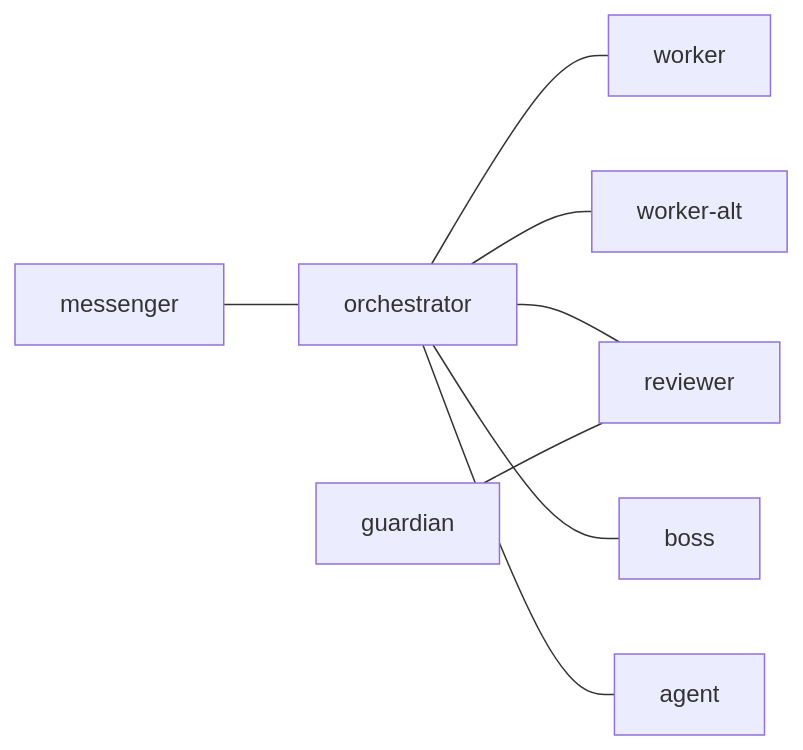
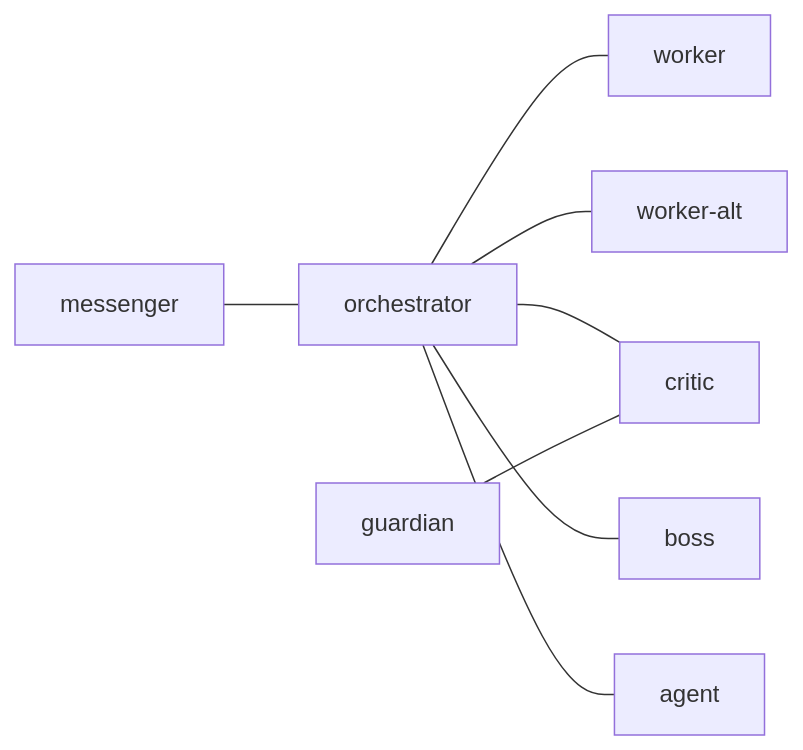
Before and after one commit to i9wa4/dotfiles: the diagram in config/tmux-a2a-postman/postman.md, drawn with Mermaid. The commit also changed other lines of this file and 5 other files, not shown here.

````diff
--- a/config/tmux-a2a-postman/postman.md
+++ b/config/tmux-a2a-postman/postman.md
@@ -9,10 +9,10 @@
 ```mermaid
 graph LR
     messenger --- orchestrator
     orchestrator --- worker
     orchestrator --- worker-alt
-    orchestrator --- reviewer
+    orchestrator --- critic
     orchestrator --- boss
-    guardian --- reviewer
+    guardian --- critic
     orchestrator --- agent
 ```
````
